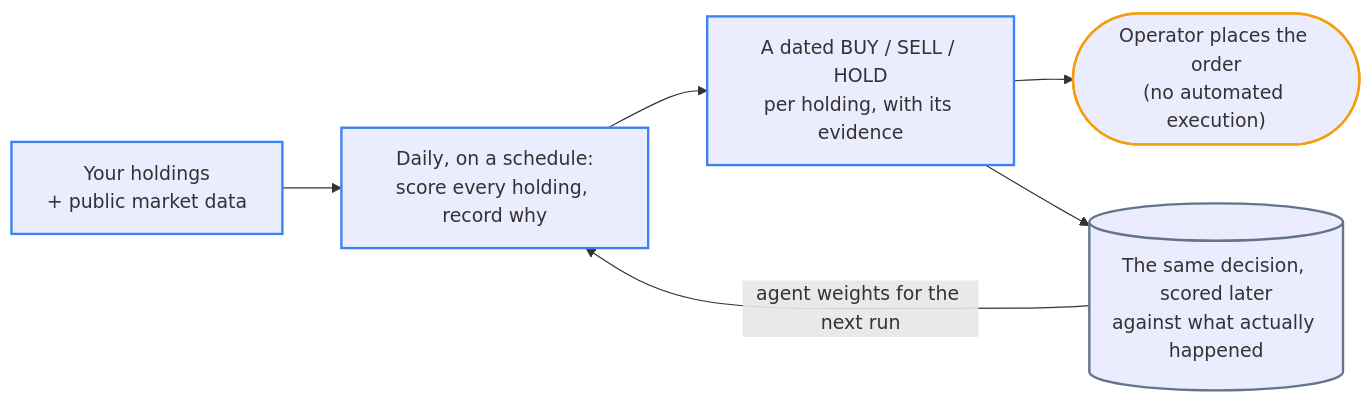
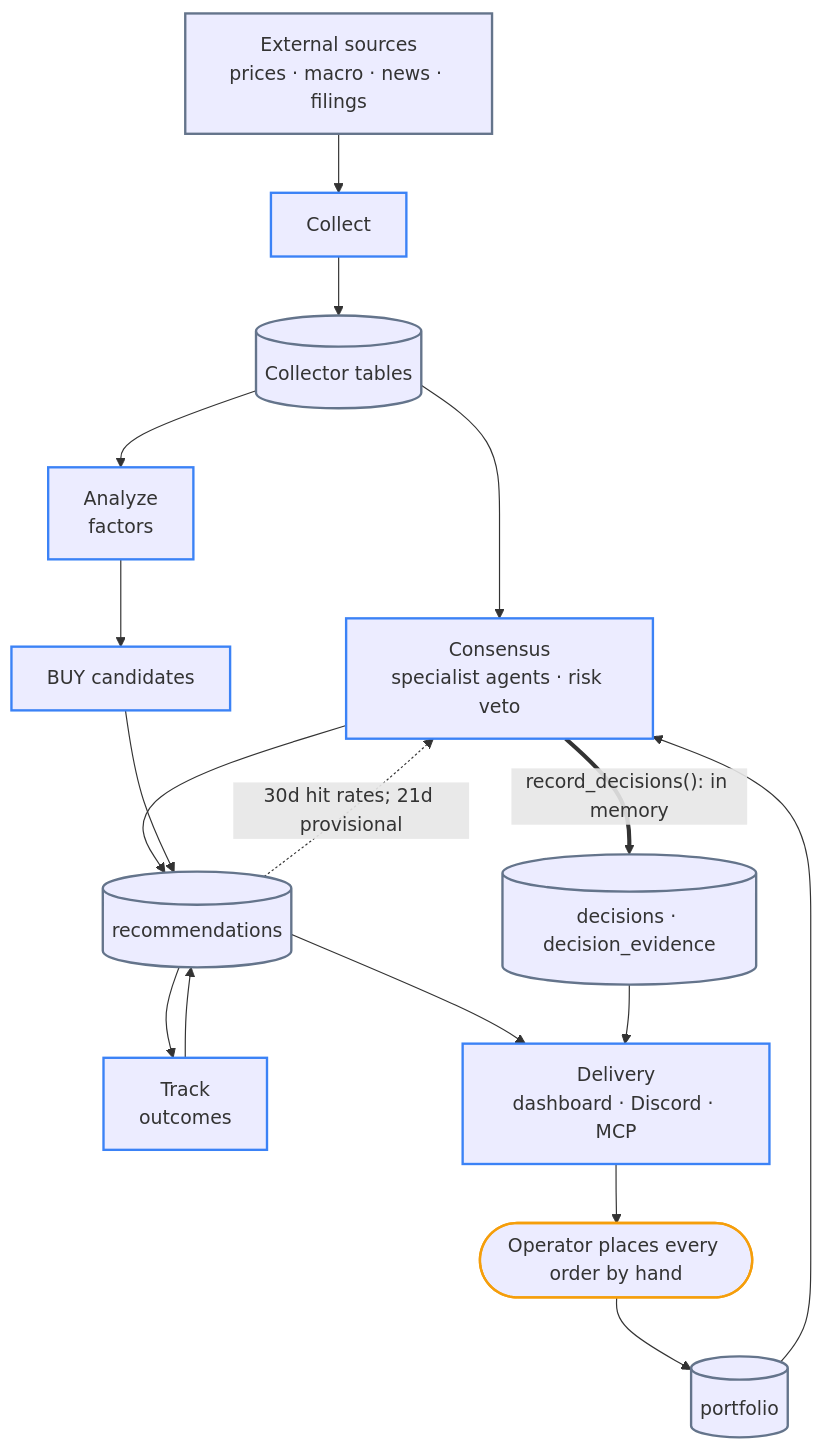
Before and after one commit to researcherhojin/nuri-quant: the diagram in README.md, drawn with Mermaid. The commit also changed other lines of this file and 6 other files, not shown here.

First line of the commit message:
docs(readme): readable layout and an architecture diagram checked against the code (#2027)

````diff
--- a/README.md
+++ b/README.md
@@ -21,17 +22,36 @@
 ```mermaid
-flowchart LR
-    IN["Your holdings<br/>+ public market data"]
-    RUN["Daily, on a schedule:<br/>score every holding, record why"]
-    DEC["A dated BUY / SELL / HOLD<br/>per holding, with its evidence"]
-    YOU(["Operator places the order<br/>(no automated execution)"])
-    LED[("The same decision, scored later<br/>against what actually happened")]
-    IN --> RUN --> DEC --> YOU
-    DEC --> LED
-    LED -- "agent weights for the next run" --> RUN
+flowchart TB
+    SRC["External sources<br/>prices · macro · news · filings"]
+    COL["Collect"]
+    TAB[("Collector tables")]
+    PF[("portfolio")]
+    FAC["Analyze<br/>factors"]
+    CON["Consensus<br/>specialist agents · risk veto"]
+    DEC[("decisions · decision_evidence")]
+    BUY["BUY candidates"]
+    REC[("recommendations")]
+    TRK["Track<br/>outcomes"]
+    OUT["Delivery<br/>dashboard · Discord · MCP"]
+    YOU(["Operator places every order by hand"])
+
+    SRC --> COL --> TAB
+    TAB --> CON
+    PF --> CON
+    TAB --> FAC --> BUY
+    CON ==>|"record_decisions(): in memory"| DEC
+    CON --> REC
+    BUY --> REC
+    REC --> TRK
+    TRK --> REC
+    REC -.->|"30d hit rates; 21d provisional"| CON
+    REC --> OUT
+    DEC --> OUT
+    OUT --> YOU --> PF
+
     classDef step  stroke:#3b82f6,stroke-width:2px
     classDef store stroke:#64748b,stroke-width:2px
     classDef human stroke:#f59e0b,stroke-width:2px
-    class IN,RUN,DEC step
-    class LED store
+    class COL,FAC,CON,BUY,TRK,OUT step
+    class SRC,TAB,PF,REC,DEC store
     class YOU human
 ```
````
